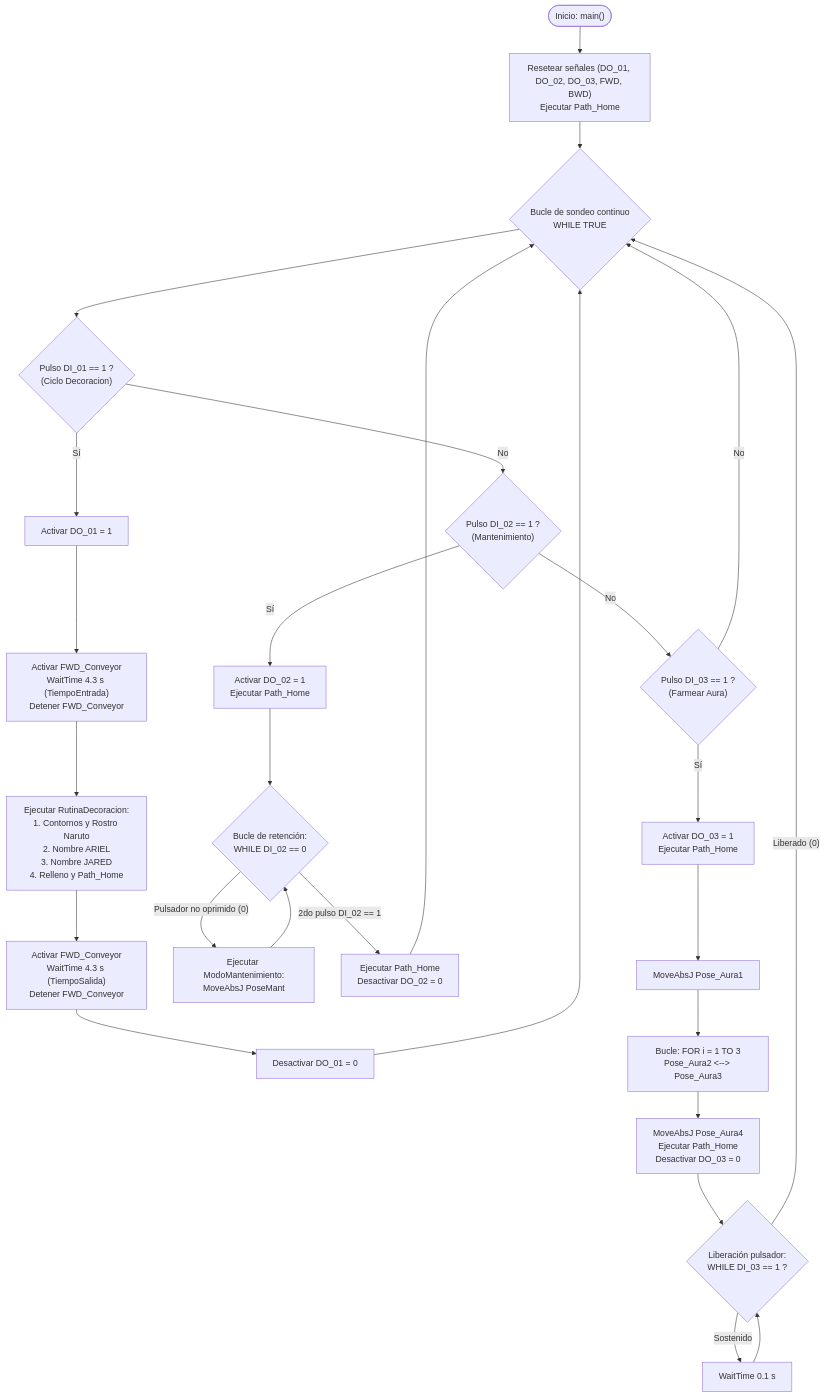
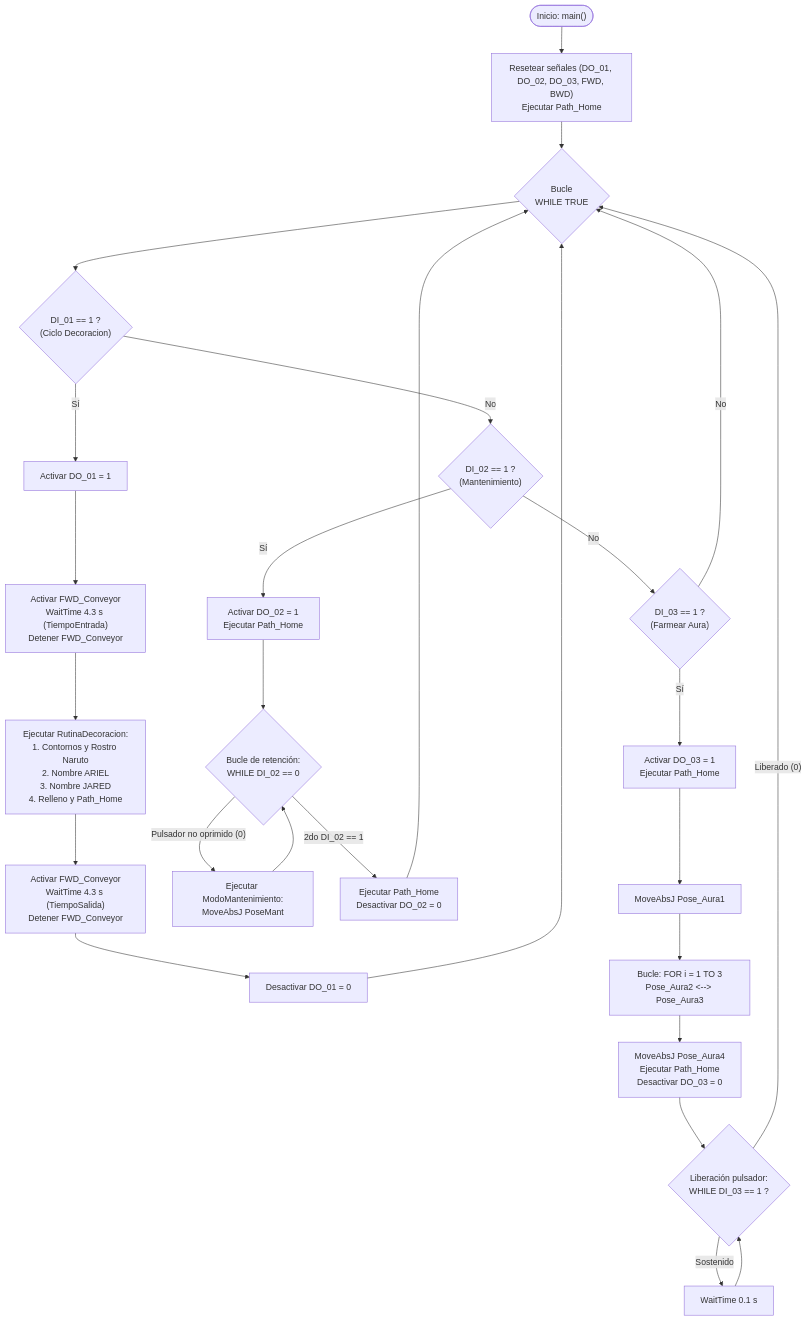
The diagram in Laboratorio No. 01 - Robótica Industrial ABB IRB140 y RobotStudio/README.MD (labsir-un/Robotica_2026-II_Grupo_5B_Cardenas_Cruz), drawn with Mermaid before and after one commit. The commit also changed other lines of this file, not shown here.

````diff
--- a/Laboratorio No. 01 - Robótica Industrial ABB IRB140 y RobotStudio/README.MD
+++ b/Laboratorio No. 01 - Robótica Industrial ABB IRB140 y RobotStudio/README.MD
@@ -211,36 +234,36 @@
 ```mermaid
 flowchart TD
     Start(["Inicio: main()"]) --> Init["Resetear señales (DO_01, DO_02, DO_03, FWD, BWD)<br>Ejecutar Path_Home"]
-    Init --> Loop{"Bucle de sondeo continuo<br>WHILE TRUE"}
+    Init --> Loop{"Bucle<br>WHILE TRUE"}
 
     %% DI_01 Branch
-    Loop --> CheckDI01{"Pulso DI_01 == 1 ?<br>(Ciclo Decoracion)"}
+    Loop --> CheckDI01{"DI_01 == 1 ?<br>(Ciclo Decoracion)"}
     CheckDI01 -- "Sí" --> DO01_On["Activar DO_01 = 1"]
     DO01_On --> FWD_In["Activar FWD_Conveyor<br>WaitTime 4.3 s (TiempoEntrada)<br>Detener FWD_Conveyor"]
     FWD_In --> ExecDecor["Ejecutar RutinaDecoracion:<br>1. Contornos y Rostro Naruto<br>2. Nombre ARIEL<br>3. Nombre JARED<br>4. Relleno y Path_Home"]
     ExecDecor --> FWD_Out["Activar FWD_Conveyor<br>WaitTime 4.3 s (TiempoSalida)<br>Detener FWD_Conveyor"]
     FWD_Out --> DO01_Off["Desactivar DO_01 = 0"]
     DO01_Off --> Loop
 
     %% DI_02 Branch
-    CheckDI01 -- "No" --> CheckDI02{"Pulso DI_02 == 1 ?<br>(Mantenimiento)"}
+    CheckDI01 -- "No" --> CheckDI02{"DI_02 == 1 ?<br>(Mantenimiento)"}
     CheckDI02 -- "Sí" --> DO02_On["Activar DO_02 = 1<br>Ejecutar Path_Home"]
     DO02_On --> HoldMant{"Bucle de retención:<br>WHILE DI_02 == 0"}
     HoldMant -- "Pulsador no oprimido (0)" --> MantPose["Ejecutar ModoMantenimiento:<br>MoveAbsJ PoseMant"]
     MantPose --> HoldMant
-    HoldMant -- "2do pulso DI_02 == 1" --> HomeMant["Ejecutar Path_Home<br>Desactivar DO_02 = 0"]
+    HoldMant -- "2do DI_02 == 1" --> HomeMant["Ejecutar Path_Home<br>Desactivar DO_02 = 0"]
     HomeMant --> Loop
 
     %% DI_03 Branch
-    CheckDI02 -- "No" --> CheckDI03{"Pulso DI_03 == 1 ?<br>(Farmear Aura)"}
+    CheckDI02 -- "No" --> CheckDI03{"DI_03 == 1 ?<br>(Farmear Aura)"}
     CheckDI03 -- "Sí" --> DO03_On["Activar DO_03 = 1<br>Ejecutar Path_Home"]
     DO03_On --> AuraStart["MoveAbsJ Pose_Aura1"]
     AuraStart --> AuraLoop["Bucle: FOR i = 1 TO 3<br>Pose_Aura2 <--> Pose_Aura3"]
     AuraLoop --> AuraEnd["MoveAbsJ Pose_Aura4<br>Ejecutar Path_Home<br>Desactivar DO_03 = 0"]
     AuraEnd --> WaitDI03{"Liberación pulsador:<br>WHILE DI_03 == 1 ?"}
     WaitDI03 -- "Sostenido" --> WaitRelease["WaitTime 0.1 s"]
     WaitRelease --> WaitDI03
     WaitDI03 -- "Liberado (0)" --> Loop
 
     CheckDI03 -- "No" --> Loop
 ```
````
